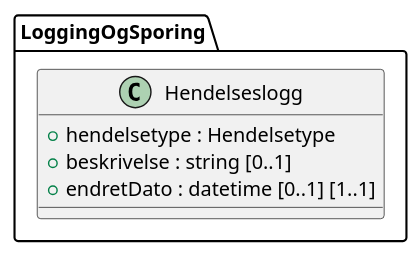
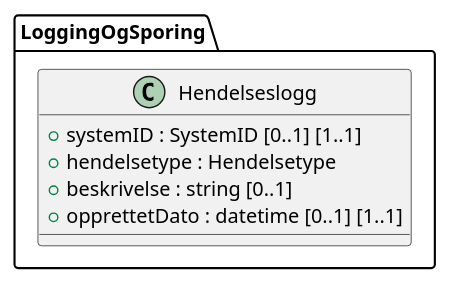
The diagram in kapitler/media/uml-class-hendelseslogg.iuml (arkivverket/noark5-tjenestegrensesnitt-standard), drawn with PlantUML before and after one commit. The commit also changed 4 other files, not shown here.

```diff
--- a/kapitler/media/uml-class-hendelseslogg.iuml
+++ b/kapitler/media/uml-class-hendelseslogg.iuml
@@ -1,7 +1,8 @@
 @startuml
 class LoggingOgSporing.Hendelseslogg {
+  +systemID : SystemID [0..1] [1..1]
   +hendelsetype : Hendelsetype
   +beskrivelse : string [0..1]
-  +endretDato : datetime [0..1] [1..1]
+  +opprettetDato : datetime [0..1] [1..1]
 }
 @enduml
```
